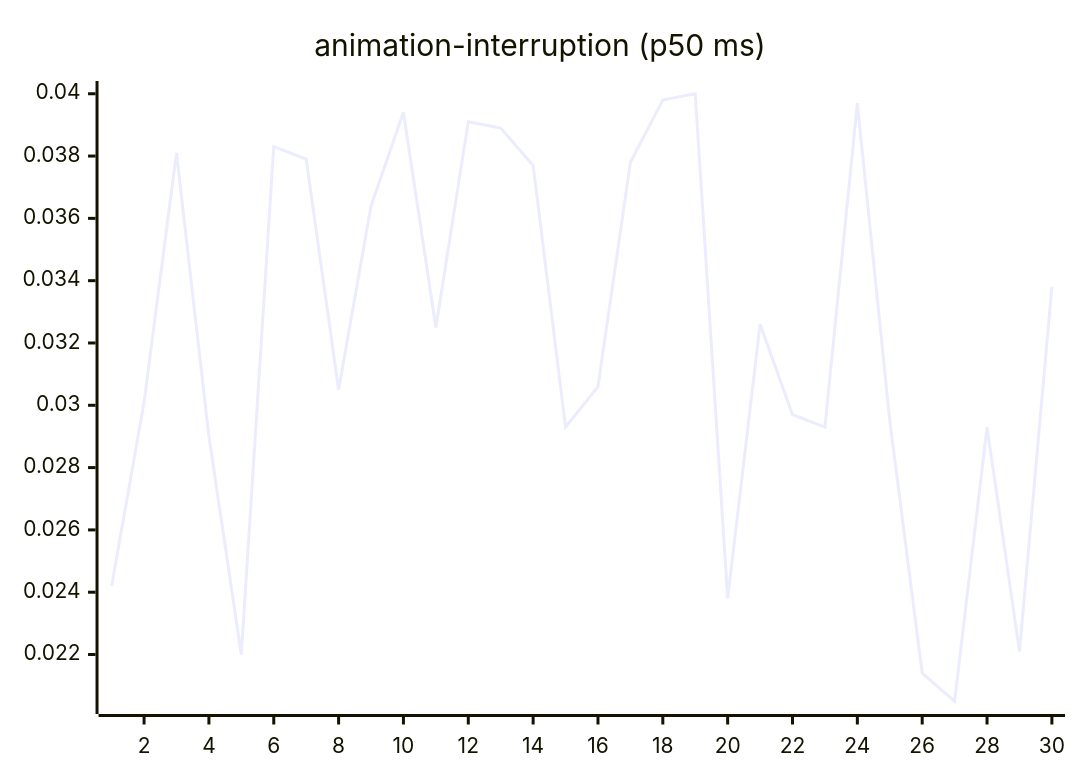
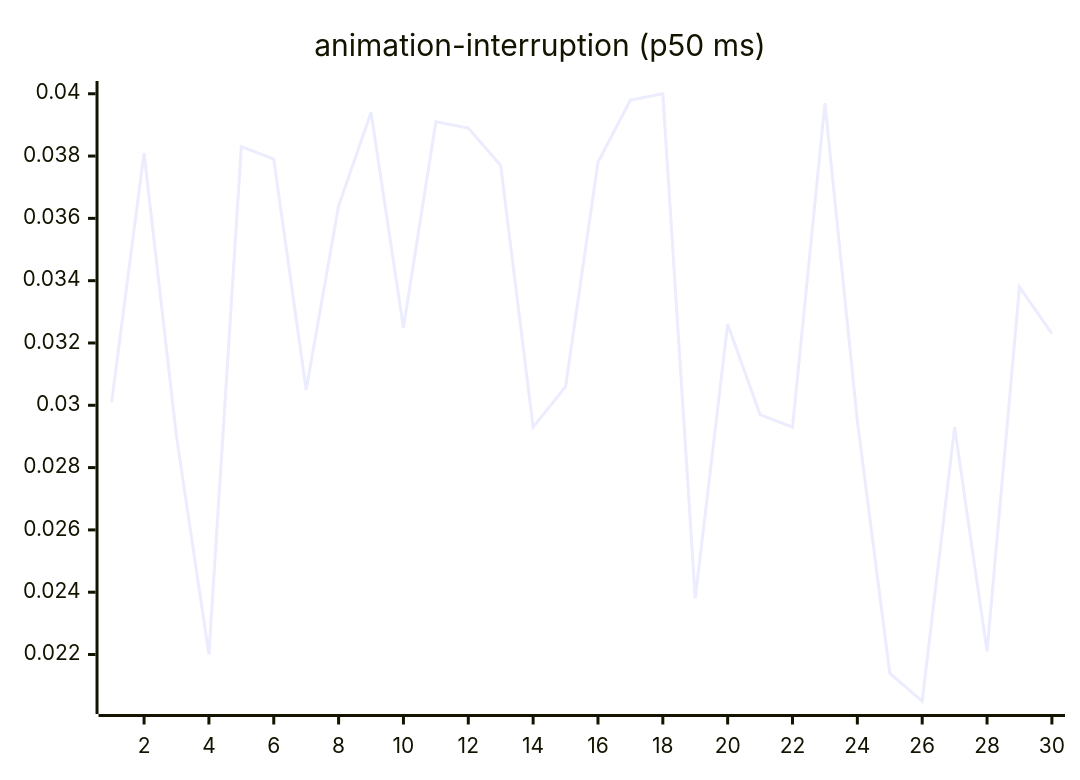
One commit to josha/Facet changed the third of 27 diagrams in README.md. Above: the diagram before and after it, drawn with Mermaid. The commit also changed other lines of this file and 2 other files, not shown here.

````diff
--- a/README.md
+++ b/README.md
@@ -77,6 +77,6 @@
 ```mermaid
 xychart-beta
     title "animation-interruption (p50 ms)"
     x-axis 1 --> 30
-    line [0.0242, 0.0301, 0.0381, 0.0290, 0.0220, 0.0383, 0.0379, 0.0305, 0.0364, 0.0394, 0.0325, 0.0391, 0.0389, 0.0377, 0.0293, 0.0306, 0.0378, 0.0398, 0.0400, 0.0238, 0.0326, 0.0297, 0.0293, 0.0397, 0.0295, 0.0214, 0.0205, 0.0293, 0.0221, 0.0338]
+    line [0.0301, 0.0381, 0.0290, 0.0220, 0.0383, 0.0379, 0.0305, 0.0364, 0.0394, 0.0325, 0.0391, 0.0389, 0.0377, 0.0293, 0.0306, 0.0378, 0.0398, 0.0400, 0.0238, 0.0326, 0.0297, 0.0293, 0.0397, 0.0295, 0.0214, 0.0205, 0.0293, 0.0221, 0.0338, 0.0323]
 ```
````
